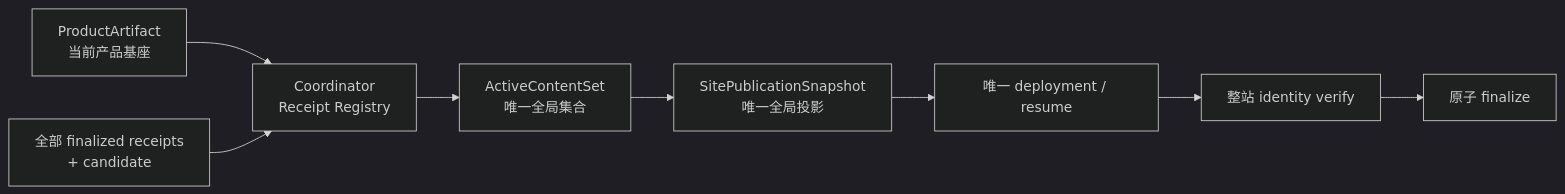
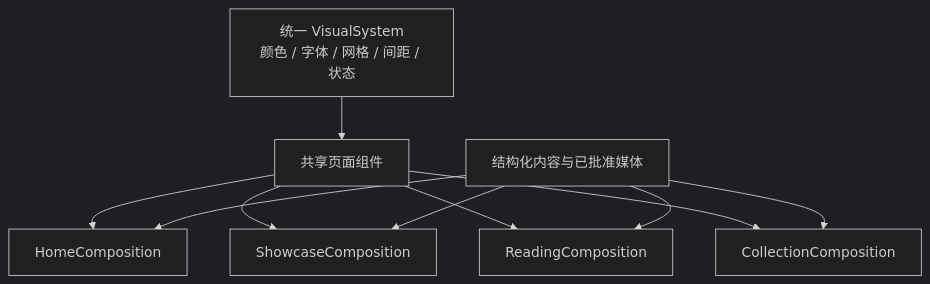
Before and after one commit to Chizheng4/xingbuild: the diagram in docs/iterations/current.md, drawn with Mermaid (dark theme). The commit also changed other lines of this file and 50 other files, not shown here.

Commit message:
feat: ship v0.25.9 unified visual system

````diff
--- a/docs/iterations/current.md
+++ b/docs/iterations/current.md
@@ -17,10 +17,12 @@
 ```mermaid
-flowchart LR
-    A["ProductArtifact\n当前产品基座"] --> C["Coordinator\nReceipt Registry"]
-    B["全部 finalized receipts\n+ candidate"] --> C
-    C --> D["ActiveContentSet\n唯一全局集合"]
-    D --> E["SitePublicationSnapshot\n唯一全局投影"]
-    E --> F["唯一 deployment / resume"]
-    F --> G["整站 identity verify"]
-    G --> H["原子 finalize"]
+flowchart TD
+    A["统一 VisualSystem\n颜色 / 字体 / 网格 / 间距 / 状态"] --> B["共享页面组件"]
+    B --> C["HomeComposition"]
+    B --> D["ShowcaseComposition"]
+    B --> E["ReadingComposition"]
+    B --> F["CollectionComposition"]
+    G["结构化内容与已批准媒体"] --> C
+    G --> D
+    G --> E
+    G --> F
 ```
````
